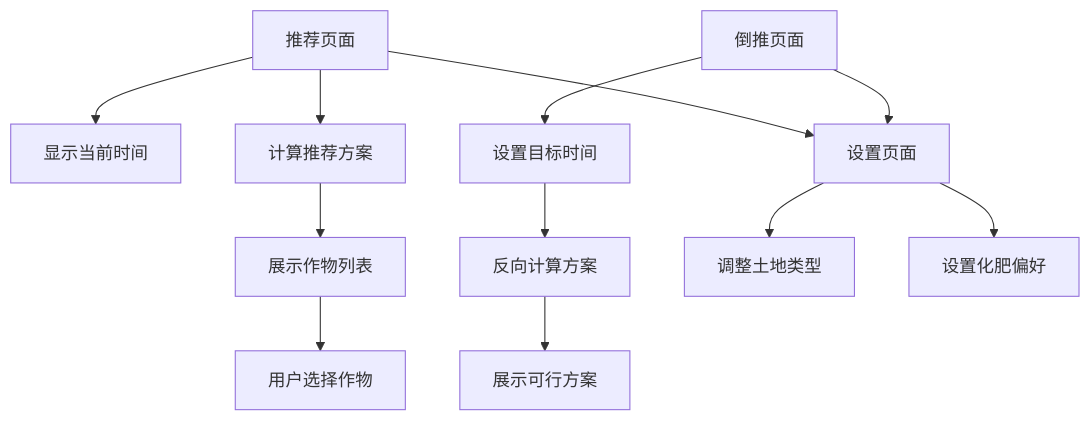
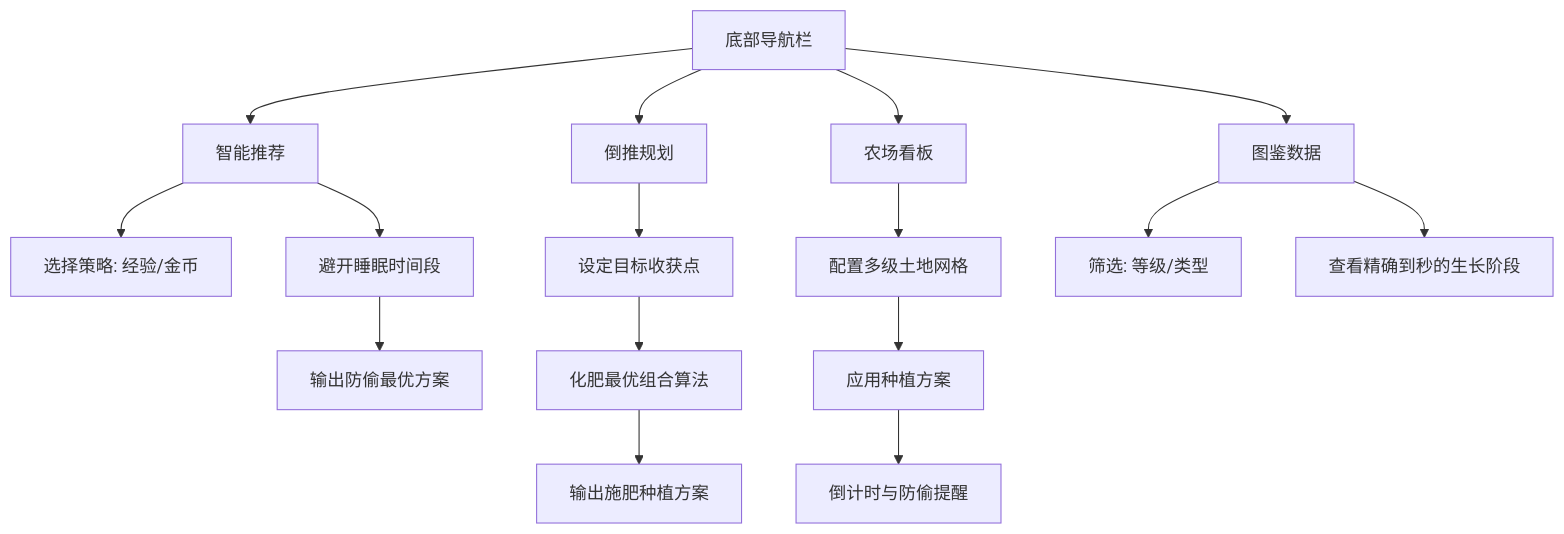
One commit to Xiao-Gui123/qqnongchang changed the diagram in .trae/documents/qq农场种菜推荐工具需求文档.md. Above: the diagram before and after it, drawn with Mermaid. The commit also changed other lines of this file and 10 other files, not shown here.

````diff
--- a/.trae/documents/qq农场种菜推荐工具需求文档.md
+++ b/.trae/documents/qq农场种菜推荐工具需求文档.md
@@ -49,14 +71,22 @@
 ```mermaid
 graph TD
-  A[推荐页面] --> B[显示当前时间]
-  A --> C[计算推荐方案]
-  C --> D[展示作物列表]
-  D --> E[用户选择作物]
-  F[倒推页面] --> G[设置目标时间]
-  G --> H[反向计算方案]
-  H --> I[展示可行方案]
-  A --> J[设置页面]
-  F --> J
-  J --> K[调整土地类型]
-  J --> L[设置化肥偏好]
+  A[底部导航栏] --> B[智能推荐]
+  A --> C[倒推规划]
+  A --> D[农场看板]
+  A --> E[图鉴数据]
+  
+  B --> B1[选择策略: 经验/金币]
+  B --> B2[避开睡眠时间段]
+  B2 --> B3[输出防偷最优方案]
+  
+  C --> C1[设定目标收获点]
+  C1 --> C2[化肥最优组合算法]
+  C2 --> C3[输出施肥种植方案]
+  
+  D --> D1[配置多级土地网格]
+  D1 --> D2[应用种植方案]
+  D2 --> D3[倒计时与防偷提醒]
+  
+  E --> E1[筛选: 等级/类型]
+  E --> E2[查看精确到秒的生长阶段]
 ```
````
